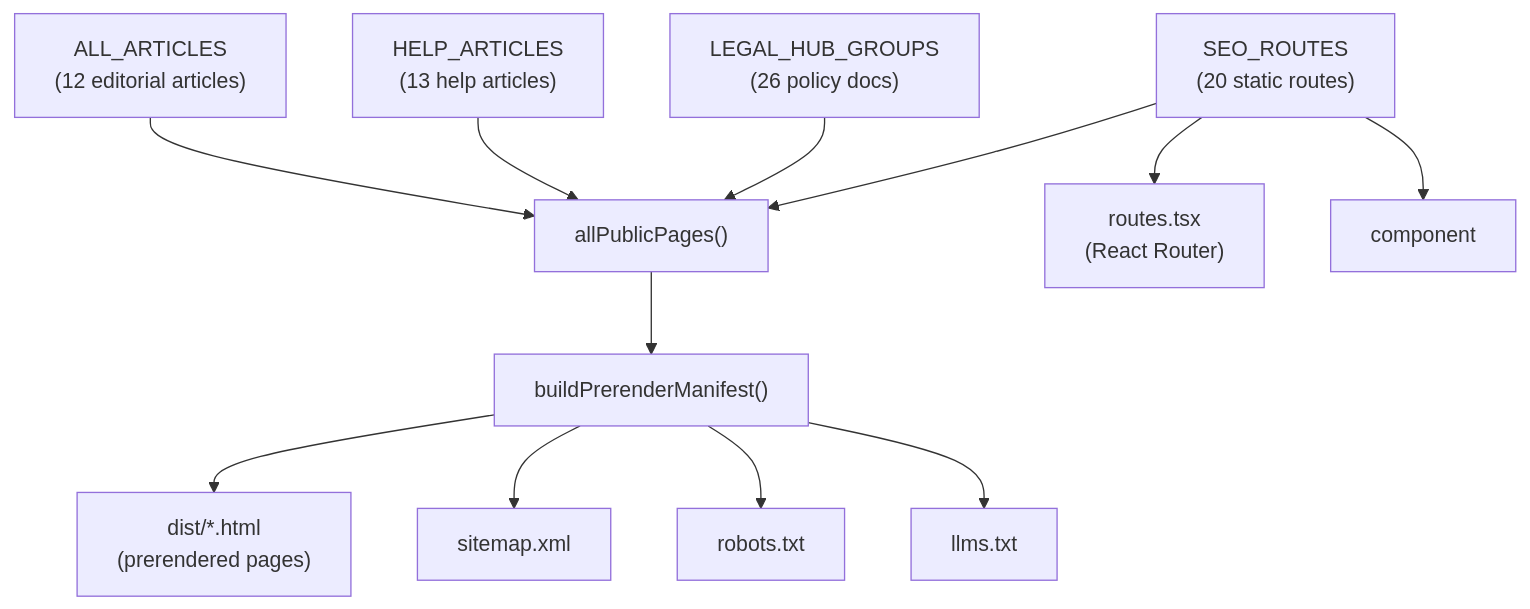
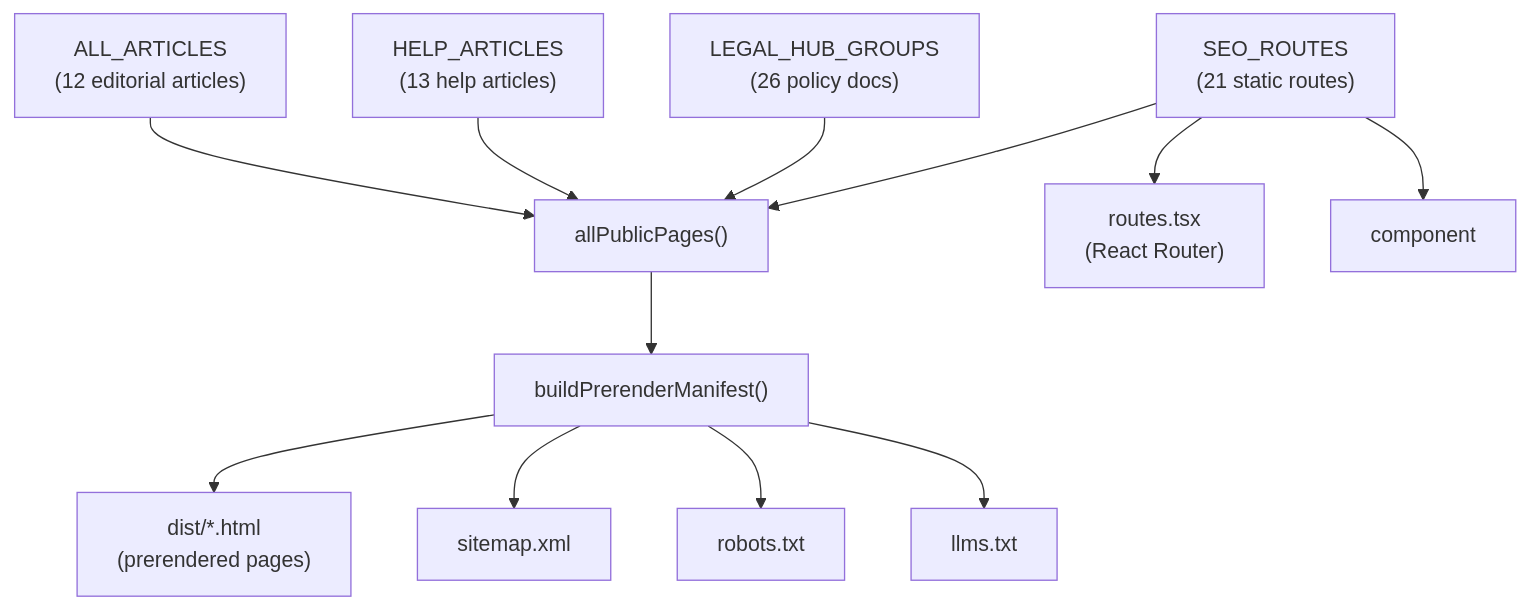
Before and after one commit to Dutiva-Canada/Dutiva_Web: the second of 4 diagrams in docs/wiki/SEO-Prerendering-Content-Marketing.md, drawn with Mermaid. The commit also changed other lines of this file and 107 other files, not shown here.

````diff
--- a/docs/wiki/SEO-Prerendering-Content-Marketing.md
+++ b/docs/wiki/SEO-Prerendering-Content-Marketing.md
@@ -128,27 +128,27 @@
 ```mermaid
 flowchart TD
-    REG["SEO_ROUTES\n(20 static routes)"]
+    REG["SEO_ROUTES\n(21 static routes)"]
     LEGAL["LEGAL_HUB_GROUPS\n(26 policy docs)"]
     HELP["HELP_ARTICLES\n(13 help articles)"]
     ART["ALL_ARTICLES\n(12 editorial articles)"]
     APP["allPublicPages()"]
     MANIFEST["buildPrerenderManifest()"]
     ROUTER["routes.tsx\n(React Router)"]
     SEO_COMP["<Seo> component"]
     SITEMAP["sitemap.xml"]
     ROBOTS["robots.txt"]
     LLMS["llms.txt"]
     HTML["dist/*.html\n(prerendered pages)"]
 
     REG --> APP
     LEGAL --> APP
     HELP --> APP
     ART --> APP
     APP --> MANIFEST
     MANIFEST --> HTML
     MANIFEST --> SITEMAP
     MANIFEST --> ROBOTS
     MANIFEST --> LLMS
     REG --> ROUTER
     REG --> SEO_COMP
 ```
````
